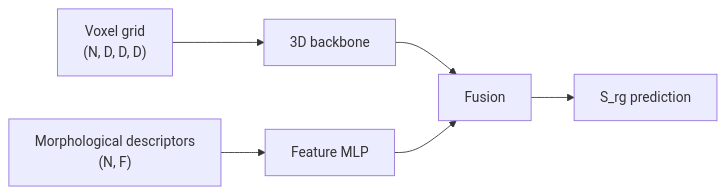
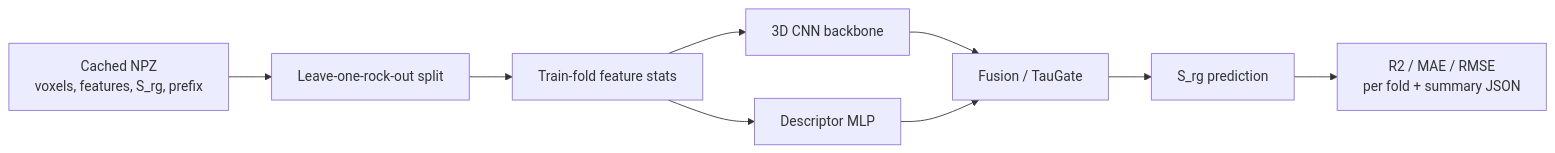
One commit to YonganZhang/digital-rock-srg-net changed the diagram in README.md. Above: the diagram before and after it, drawn with Mermaid. The commit also changed other lines of this file, not shown here.

````diff
--- a/README.md
+++ b/README.md
@@ -148,8 +110,11 @@
 ```mermaid
 flowchart LR
-    A["Voxel grid<br/>(N, D, D, D)"] --> B["3D backbone"]
-    C["Morphological descriptors<br/>(N, F)"] --> D["Feature MLP"]
-    B --> E["Fusion"]
-    D --> E
-    E --> F["S_rg prediction"]
+    A["Cached NPZ<br/>voxels, features, S_rg, prefix"] --> B["Leave-one-rock-out split"]
+    B --> C["Train-fold feature stats"]
+    C --> D["3D CNN backbone"]
+    C --> E["Descriptor MLP"]
+    D --> F["Fusion / TauGate"]
+    E --> F
+    F --> G["S_rg prediction"]
+    G --> H["R2 / MAE / RMSE<br/>per fold + summary JSON"]
 ```
````
